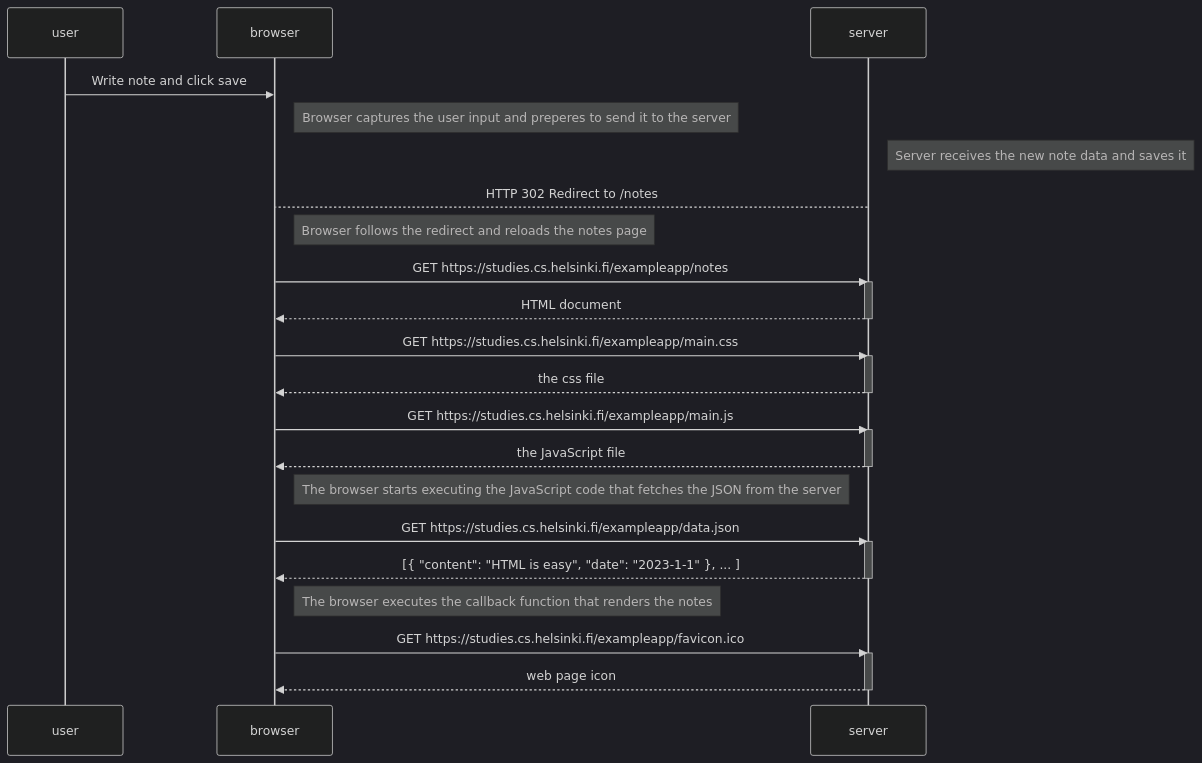
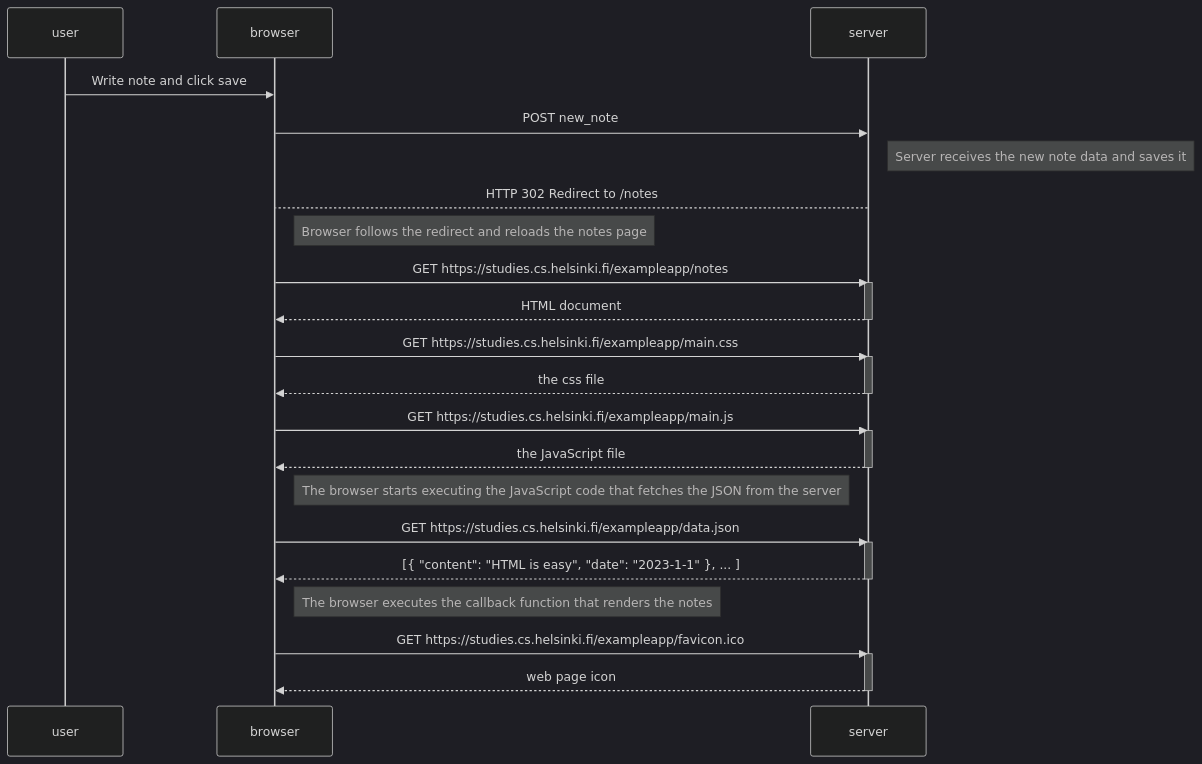
One commit to LukaszZubek/fullstackopen-Zubek-4b changed the diagram in Part0/04.md. Above: the diagram before and after it, drawn with Mermaid (dark theme).

Commit message:
Update 04.md
ok okok

````diff
--- a/Part0/04.md
+++ b/Part0/04.md
@@ -1,41 +1,41 @@
 ```mermaid
     sequenceDiagram
     participant user
     participant browser
     participant server
 
     user->>browser: Write note and click save
-    Note right of browser: Browser captures the user input and preperes to send it to the server
+    browser->>server: POST new_note
     Note right of server: Server receives the new note data and saves it
     server-->browser: HTTP 302 Redirect to /notes
     Note right of browser: Browser follows the redirect and reloads the notes page
 
     browser->>server: GET https://studies.cs.helsinki.fi/exampleapp/notes
     activate server
     server-->>browser: HTML document
     deactivate server
 
     browser->>server: GET https://studies.cs.helsinki.fi/exampleapp/main.css
     activate server
     server-->>browser: the css file
     deactivate server
 
     browser->>server: GET https://studies.cs.helsinki.fi/exampleapp/main.js
     activate server
     server-->>browser: the JavaScript file
     deactivate server
 
     Note right of browser: The browser starts executing the JavaScript code that fetches the JSON from the server
 
     browser->>server: GET https://studies.cs.helsinki.fi/exampleapp/data.json
     activate server
     server-->>browser: [{ "content": "HTML is easy", "date": "2023-1-1" }, ... ]
     deactivate server
 
     Note right of browser: The browser executes the callback function that renders the notes
     
     browser->>server: GET https://studies.cs.helsinki.fi/exampleapp/favicon.ico
     activate server
     server-->>browser: web page icon
     deactivate server
 ```
````
